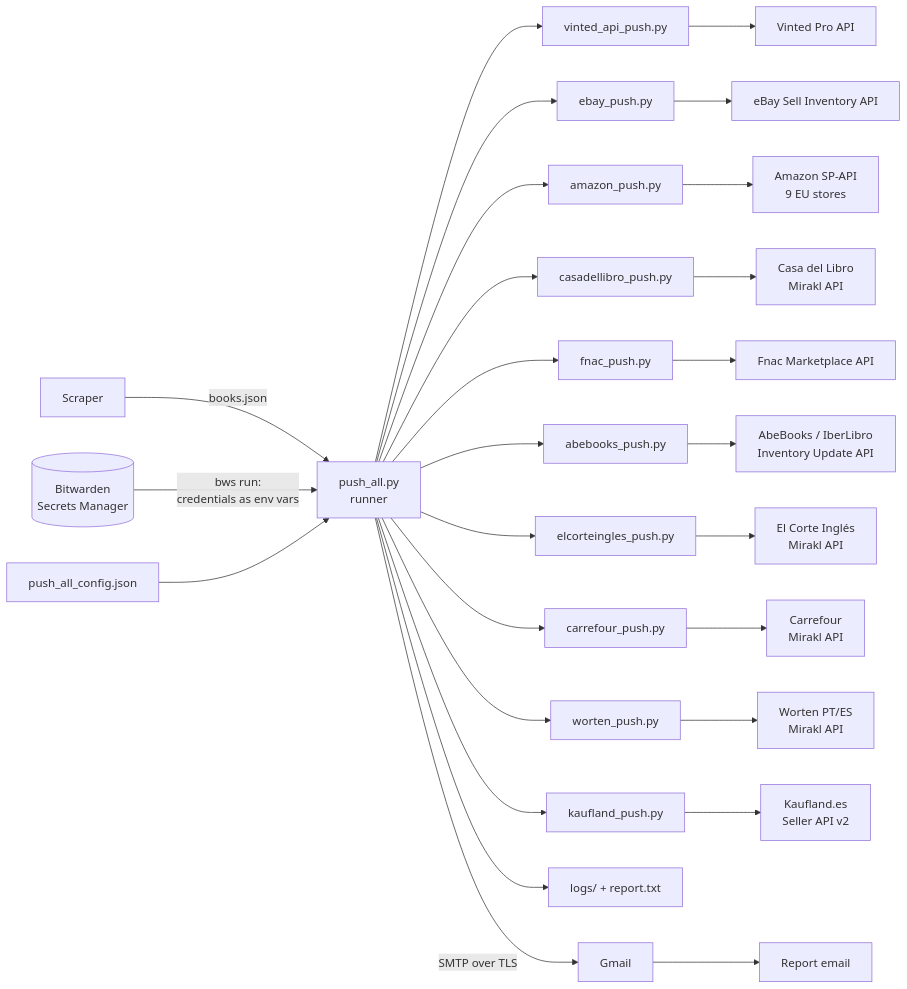
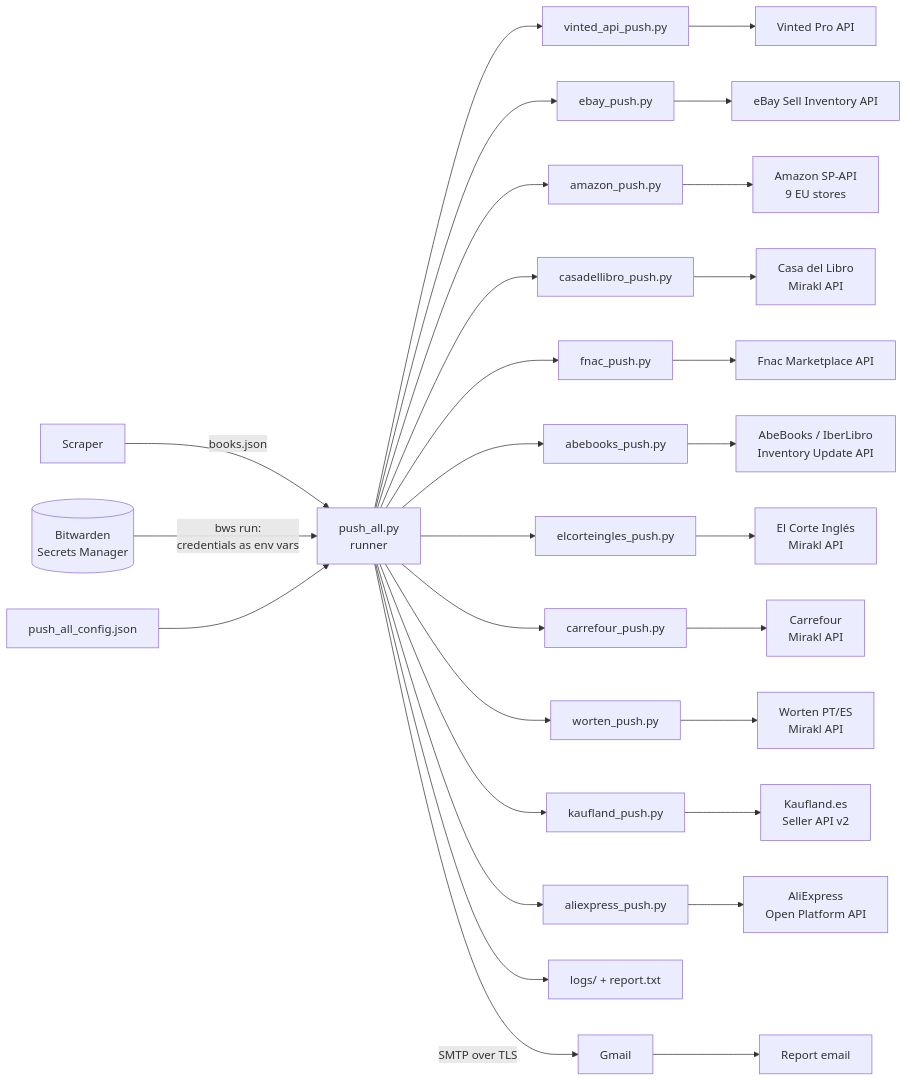
One commit to DavisGalla/products-api-push changed the diagram in docs/architecture.md. Above: the diagram before and after it, drawn with Mermaid. The commit also changed other lines of this file and 13 other files, not shown here.

Commit message:
Add AliExpress pusher (Open Platform API); include it in push_all, docs, architecture and capabilities PDFs

````diff
--- a/docs/architecture.md
+++ b/docs/architecture.md
@@ -29,18 +29,19 @@
 ```mermaid
 flowchart LR
     S[Scraper] -->|books.json| R
     BW[(Bitwarden<br>Secrets Manager)] -->|bws run:<br>credentials as env vars| R
     C[push_all_config.json] --> R
     R[push_all.py<br>runner] --> V[vinted_api_push.py] --> VA[Vinted Pro API]
     R --> E[ebay_push.py] --> EA[eBay Sell Inventory API]
     R --> A[amazon_push.py] --> AA[Amazon SP-API<br>9 EU stores]
     R --> CL[casadellibro_push.py] --> CLA[Casa del Libro<br>Mirakl API]
     R --> F[fnac_push.py] --> FA[Fnac Marketplace API]
     R --> AB[abebooks_push.py] --> ABA[AbeBooks / IberLibro<br>Inventory Update API]
     R --> EC[elcorteingles_push.py] --> ECA[El Corte Inglés<br>Mirakl API]
     R --> CF[carrefour_push.py] --> CFA[Carrefour<br>Mirakl API]
     R --> W[worten_push.py] --> WA[Worten PT/ES<br>Mirakl API]
     R --> K[kaufland_push.py] --> KA[Kaufland.es<br>Seller API v2]
+    R --> AE[aliexpress_push.py] --> AEA[AliExpress<br>Open Platform API]
     R --> L[logs/ + report.txt]
     R -->|SMTP over TLS| G[Gmail] --> M[Report email]
 ```
````
